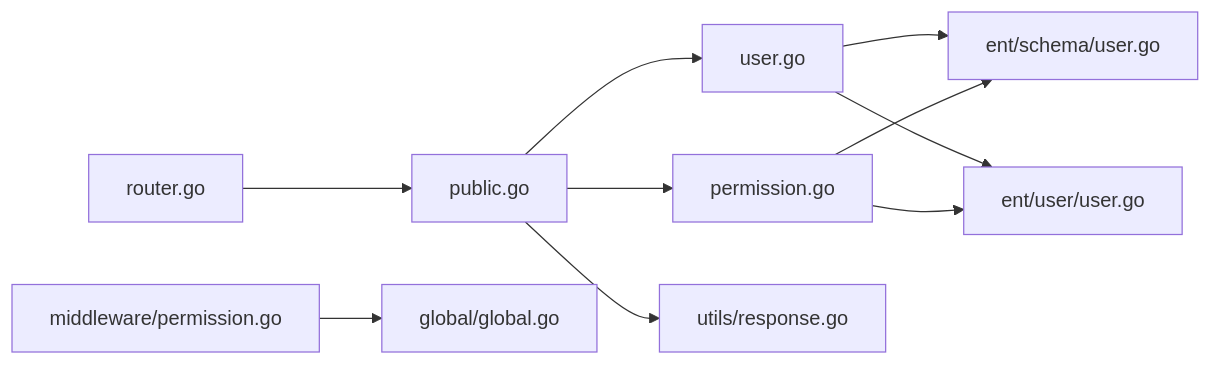
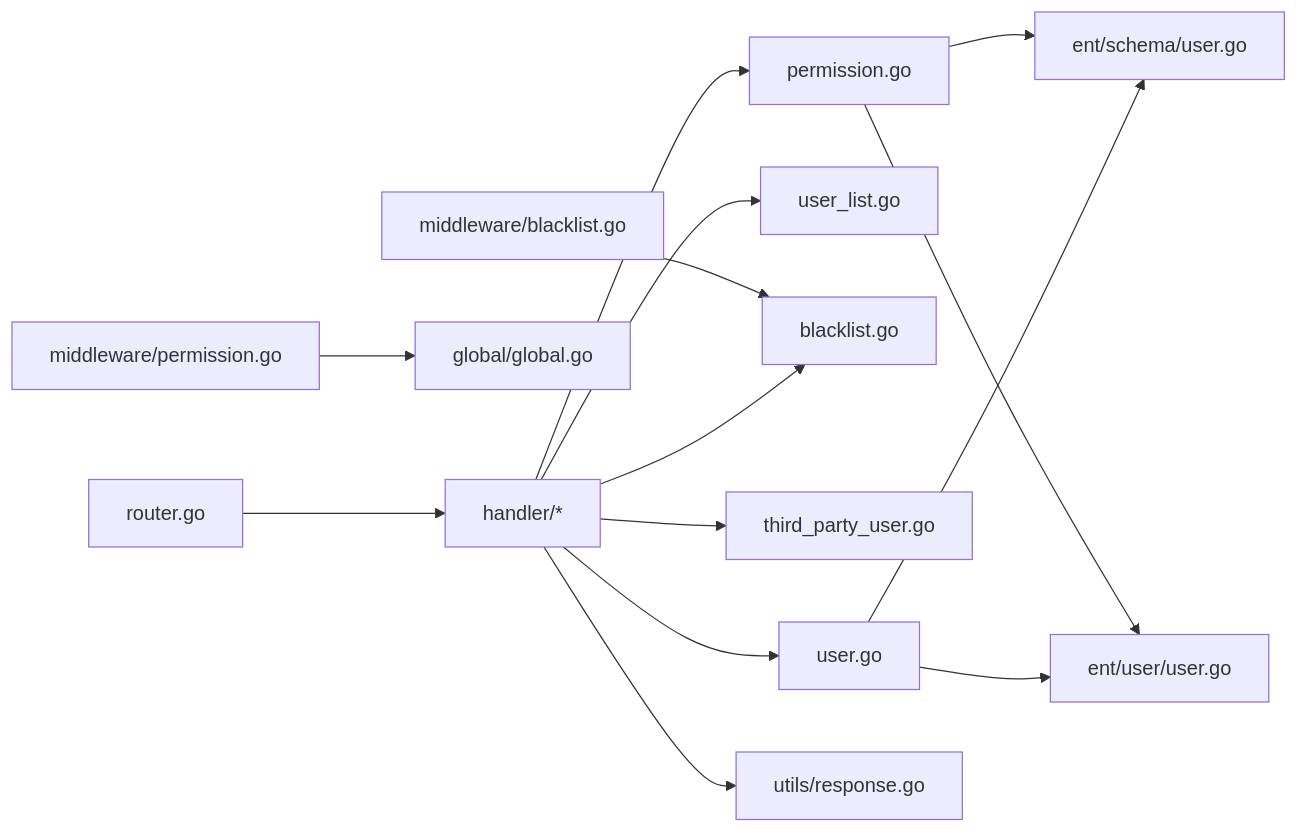
Before and after one commit to wuwuseo/e-sports-go-admin: the sixth of 6 diagrams in .qoder/repowiki/zh/content/API 接口文档/用户管理接口.md, drawn with Mermaid. The commit also changed other lines of this file and 42 other files, not shown here.

````diff
--- a/.qoder/repowiki/zh/content/API 接口文档/用户管理接口.md
+++ b/.qoder/repowiki/zh/content/API 接口文档/用户管理接口.md
@@ -333,12 +424,16 @@
 ```mermaid
 graph LR
-Router["router.go"] --> Handler["public.go"]
-Handler --> Service["user.go"]
+Router["router.go"] --> Handler["handler/*"]
+Handler --> UserSvc["user.go"]
+Handler --> UserListSvc["user_list.go"]
+Handler --> BlacklistSvc["blacklist.go"]
+Handler --> ThirdPartySvc["third_party_user.go"]
 Handler --> PermSvc["permission.go"]
-Service --> EntSchema["ent/schema/user.go"]
-Service --> EntUser["ent/user/user.go"]
+UserSvc --> EntSchema["ent/schema/user.go"]
+UserSvc --> EntUser["ent/user/user.go"]
 PermSvc --> EntSchema
 PermSvc --> EntUser
 Middleware["middleware/permission.go"] --> Global["global/global.go"]
+Middleware2["middleware/blacklist.go"] --> BlacklistSvc
 Handler --> Response["utils/response.go"]
 ```
````
